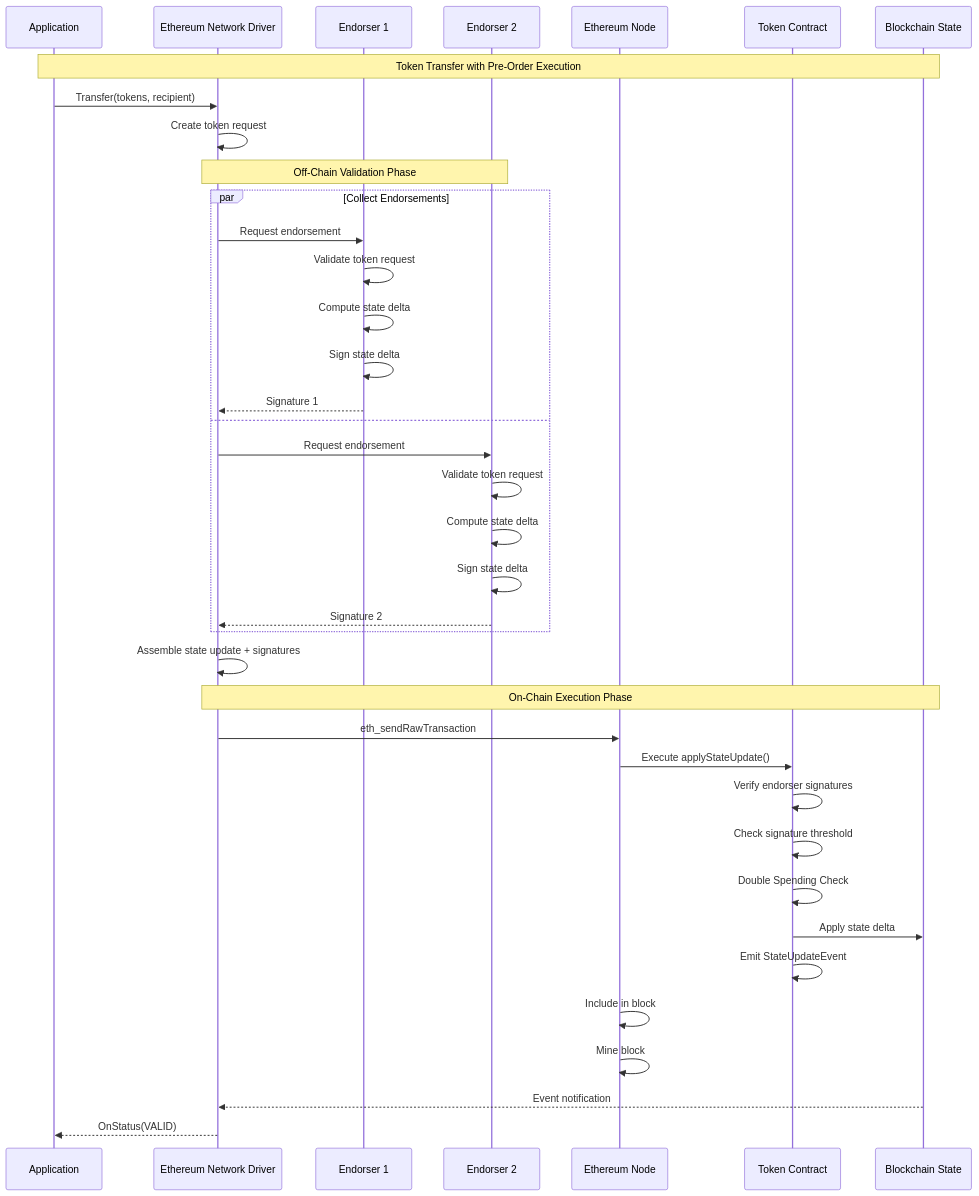
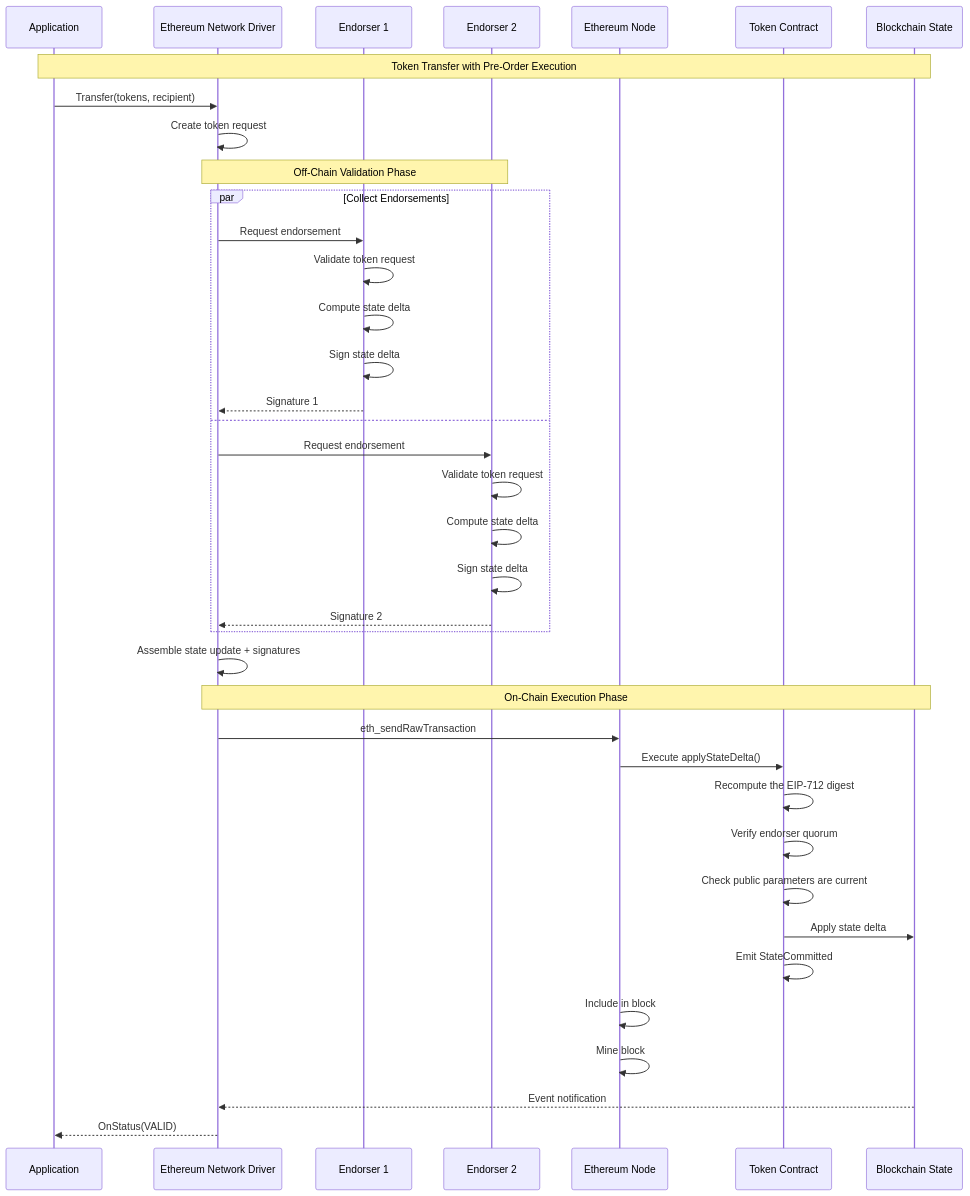
Before and after one commit to LFDT-Panurus/panurus: the fifth of 9 diagrams in docs/services/network-ethereum.md, drawn with Mermaid. The commit also changed other lines of this file and 1 other file, not shown here.

````diff
--- a/docs/services/network-ethereum.md
+++ b/docs/services/network-ethereum.md
@@ -292,47 +292,47 @@
 ```mermaid
 sequenceDiagram
     participant App as Application
     participant Driver as Ethereum Network Driver
     participant E1 as Endorser 1
     participant E2 as Endorser 2
     participant Node as Ethereum Node
     participant Contract as Token Contract
     participant State as Blockchain State
 
     Note over App,State: Token Transfer with Pre-Order Execution
     
     App->>Driver: Transfer(tokens, recipient)
     Driver->>Driver: Create token request
     
     Note over Driver,E2: Off-Chain Validation Phase
     par Collect Endorsements
         Driver->>E1: Request endorsement
         E1->>E1: Validate token request
         E1->>E1: Compute state delta
         E1->>E1: Sign state delta
         E1-->>Driver: Signature 1
     and
         Driver->>E2: Request endorsement
         E2->>E2: Validate token request
         E2->>E2: Compute state delta
         E2->>E2: Sign state delta
         E2-->>Driver: Signature 2
     end
     
     Driver->>Driver: Assemble state update + signatures
     
     Note over Driver,State: On-Chain Execution Phase
     Driver->>Node: eth_sendRawTransaction
-    Node->>Contract: Execute applyStateUpdate()
-    Contract->>Contract: Verify endorser signatures
-    Contract->>Contract: Check signature threshold
-    Contract->>Contract: Double Spending Check
+    Node->>Contract: Execute applyStateDelta()
+    Contract->>Contract: Recompute the EIP-712 digest
+    Contract->>Contract: Verify endorser quorum
+    Contract->>Contract: Check public parameters are current
     Contract->>State: Apply state delta
-    Contract->>Contract: Emit StateUpdateEvent
+    Contract->>Contract: Emit StateCommitted
     
     Node->>Node: Include in block
     Node->>Node: Mine block
     
     State-->>Driver: Event notification
     Driver-->>App: OnStatus(VALID)
 ```
````
